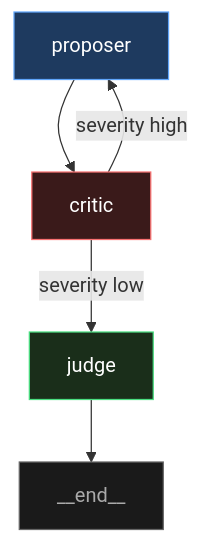
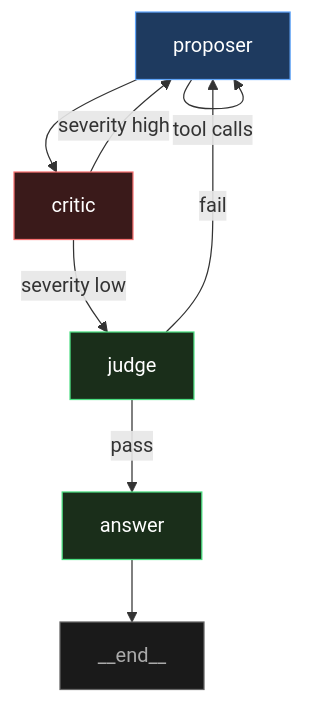
One commit to CloudEngineHub/DeepMCPAgent changed the ninth of 11 diagrams in docs/core/engine-prebuilts.md. Above: the diagram before and after it, drawn with Mermaid. The commit also changed other lines of this file and 12 other files, not shown here.

````diff
--- a/docs/core/engine-prebuilts.md
+++ b/docs/core/engine-prebuilts.md
@@ -333,12 +354,16 @@
 ```mermaid
 graph TD
-    PR[proposer] --> CR[critic]
+    PR[proposer] -->|tool calls| PR
+    PR --> CR[critic]
     CR -->|severity high| PR
     CR -->|severity low| JU[judge]
-    JU --> END[__end__]
+    JU -->|fail| PR
+    JU -->|pass| ANS[answer]
+    ANS --> END[__end__]
 
     style PR fill:#1e3a5f,stroke:#60a5fa,color:#fff
     style CR fill:#3a1a1a,stroke:#f87171,color:#fff
     style JU fill:#1a2e1a,stroke:#4ade80,color:#fff
+    style ANS fill:#1a2e1a,stroke:#4ade80,color:#fff
     style END fill:#1a1a1a,stroke:#666,color:#aaa
 ```
````
